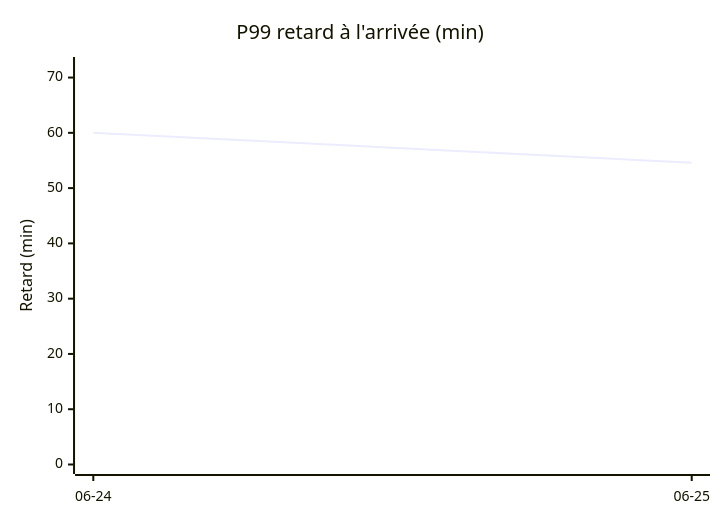
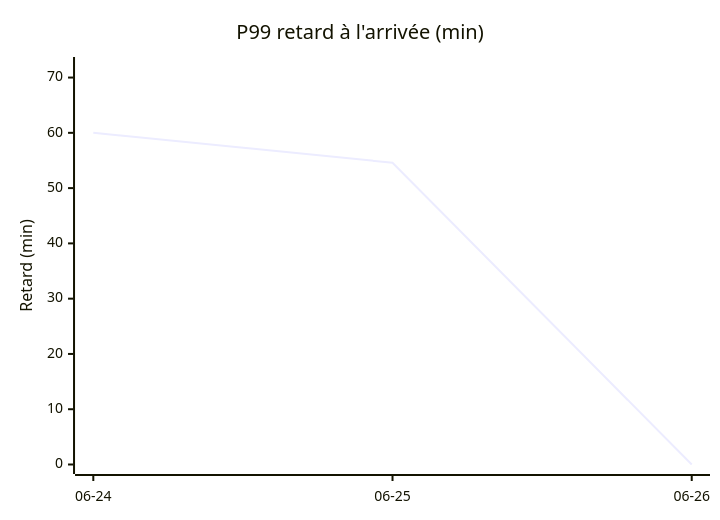
Before and after one commit to antoinerep/horaire-ter: the second of 4 diagrams in STATS.md, drawn with Mermaid. The commit also changed other lines of this file and 1 other file, not shown here.

````diff
--- a/STATS.md
+++ b/STATS.md
@@ -39,7 +39,7 @@
 ```mermaid
 xychart-beta
     title "P99 retard à l'arrivée (min)"
-    x-axis ["06-24", "06-25"]
+    x-axis ["06-24", "06-25", "06-26"]
     y-axis "Retard (min)" 0 --> 72
-    line [60.0, 54.6]
+    line [60.0, 54.6, 0.0]
 ```
````
